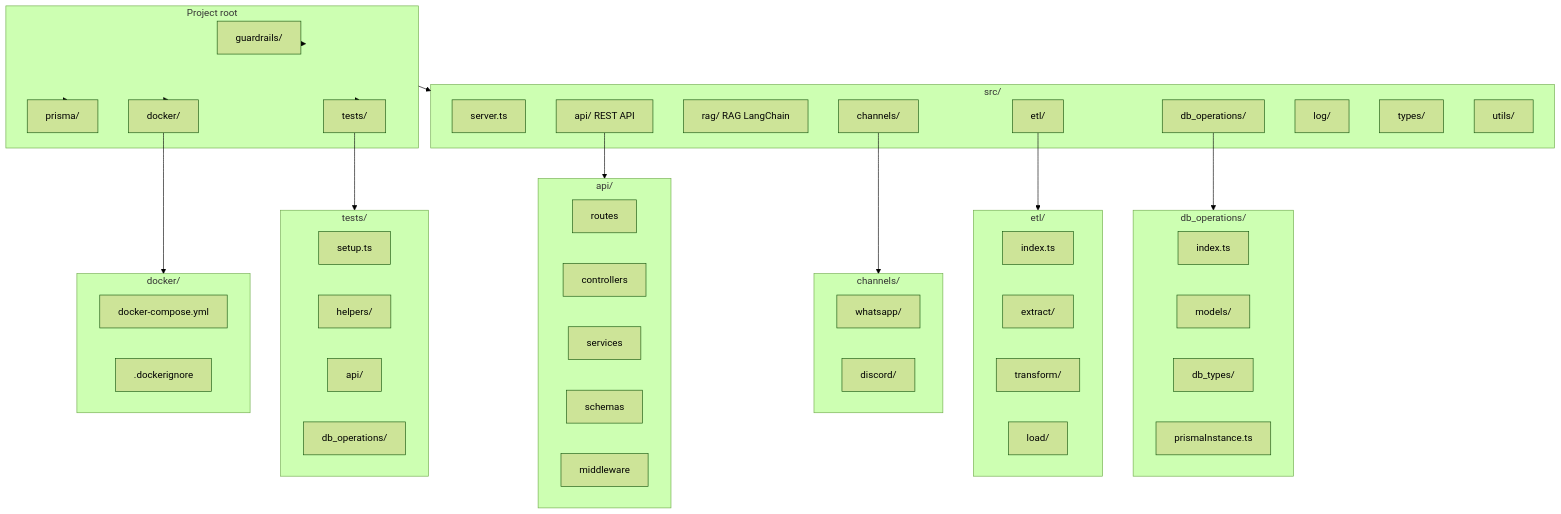
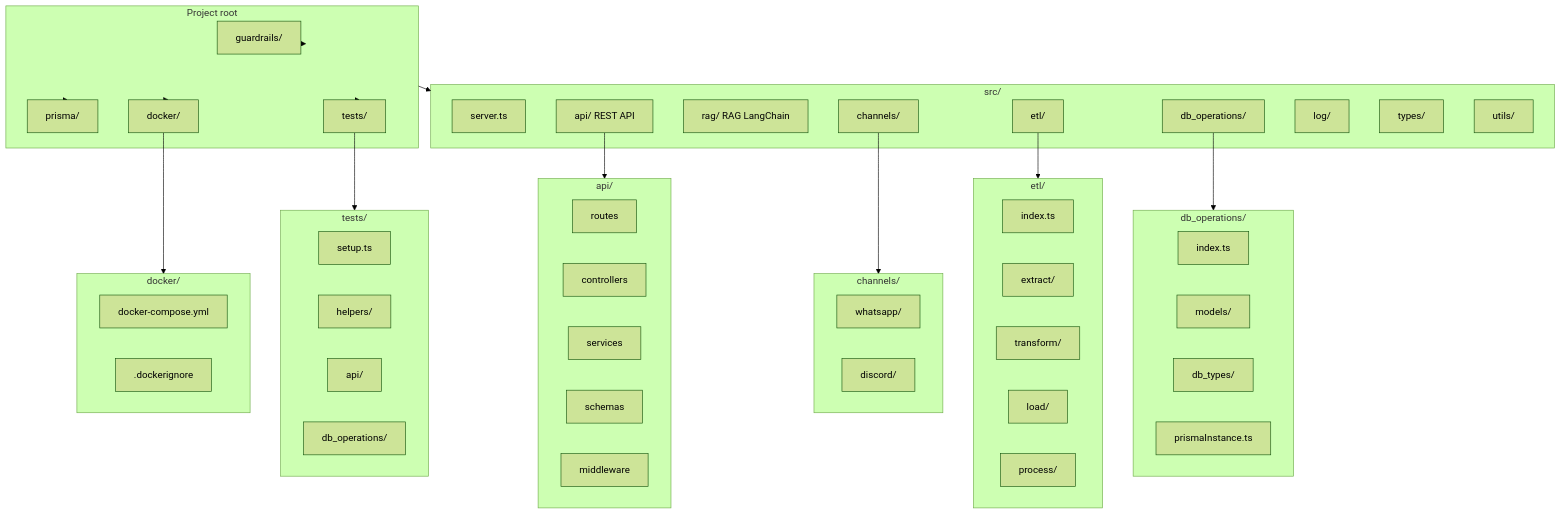
The second of 3 diagrams in README.md (sorocode-comunidade/swanytello), drawn with Mermaid (forest theme) before and after one commit. The commit also changed other lines of this file and 24 other files, not shown here.

````diff
--- a/README.md
+++ b/README.md
@@ -104,72 +104,73 @@
 ```mermaid
 flowchart TB
   subgraph root [Project root]
     guardrails[guardrails/]
     prisma_root[prisma/]
     docker[docker/]
     tests[tests/]
   end
 
   subgraph src_content [src/]
     server[server.ts]
     api[api/ REST API]
     rag[rag/ RAG LangChain]
     channels[channels/]
     etl[etl/]
     db_ops[db_operations/]
     log[log/]
     types[types/]
     utils[utils/]
   end
 
   subgraph api_detail [api/]
     routes[routes]
     controllers[controllers]
     services[services]
     schemas[schemas]
     middleware[middleware]
   end
 
   subgraph channels_detail [channels/]
     whatsapp[whatsapp/]
     discord[discord/]
   end
 
   subgraph db_ops_detail [db_operations/]
     db_ops_index[index.ts]
     models[models/]
     db_types[db_types/]
     prisma[prismaInstance.ts]
   end
 
   subgraph etl_detail [etl/]
     etl_index[index.ts]
     extract[extract/]
     transform[transform/]
     load[load/]
+    process[process/]
   end
 
   subgraph docker_detail [docker/]
     compose[docker-compose.yml]
     dockerignore[.dockerignore]
   end
 
   subgraph tests_detail [tests/]
     tests_setup[setup.ts]
     tests_helpers[helpers/]
     tests_api[api/]
     tests_db_ops[db_operations/]
   end
 
   root --> guardrails
   root --> prisma_root
   root --> docker
   root --> tests
   root --> src_content
   api --> api_detail
   channels --> channels_detail
   db_ops --> db_ops_detail
   etl --> etl_detail
   docker --> docker_detail
   tests --> tests_detail
 ```
````
